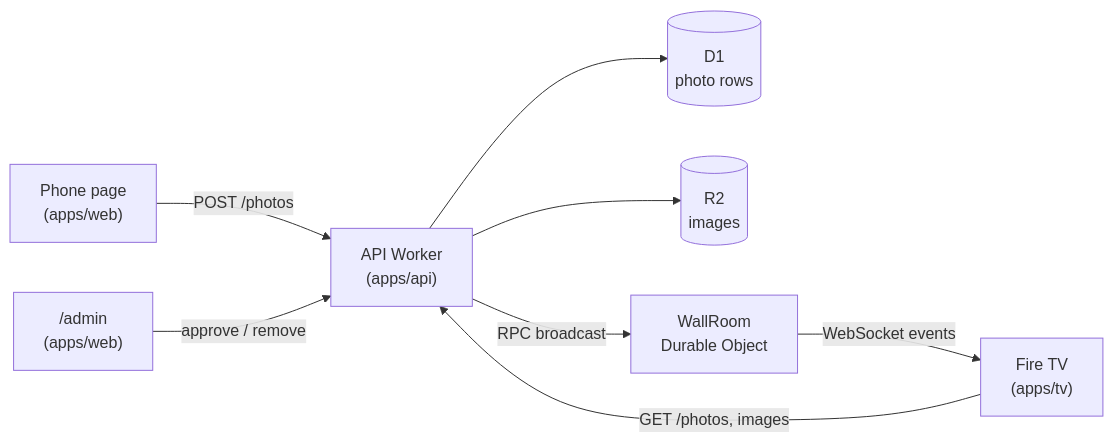
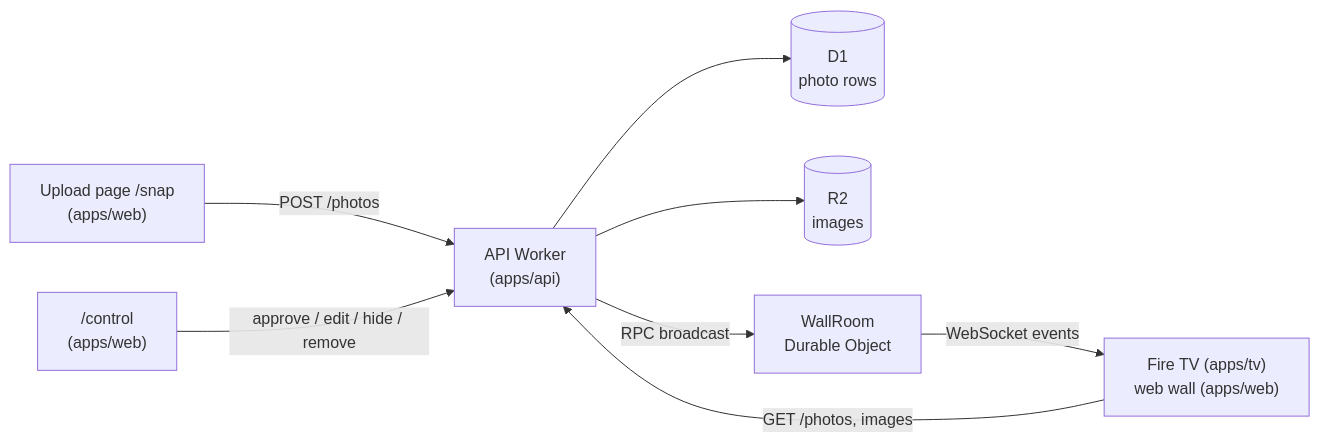
Before and after one commit to ddedic/nextappdevcon-amazon-vegaos-wall: the first of 2 diagrams in docs/architecture.md, drawn with Mermaid. The commit also changed other lines of this file and 17 other files, not shown here.

````diff
--- a/docs/architecture.md
+++ b/docs/architecture.md
@@ -7,10 +7,10 @@
 ```mermaid
 flowchart LR
-    phone["Phone page<br/>(apps/web)"] -- "POST /photos" --> api["API Worker<br/>(apps/api)"]
-    admin["/admin<br/>(apps/web)"] -- "approve / remove" --> api
+    phone["Upload page /snap<br/>(apps/web)"] -- "POST /photos" --> api["API Worker<br/>(apps/api)"]
+    control["/control<br/>(apps/web)"] -- "approve / edit / hide / remove" --> api
     api --> d1[("D1<br/>photo rows")]
     api --> r2[("R2<br/>images")]
     api -- "RPC broadcast" --> room["WallRoom<br/>Durable Object"]
-    room -- "WebSocket events" --> tv["Fire TV<br/>(apps/tv)"]
+    room -- "WebSocket events" --> tv["Fire TV (apps/tv)<br/>web wall (apps/web)"]
     tv -- "GET /photos, images" --> api
 ```
````
